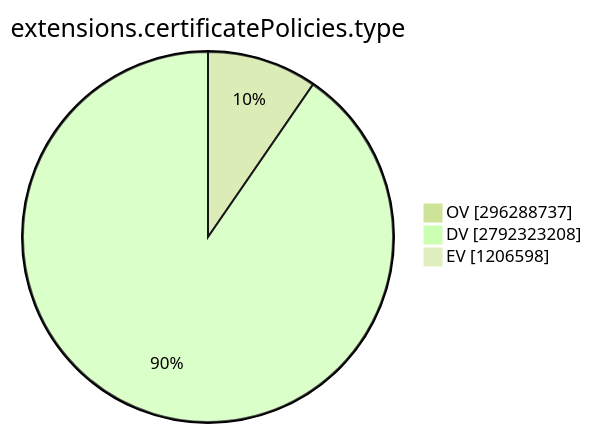
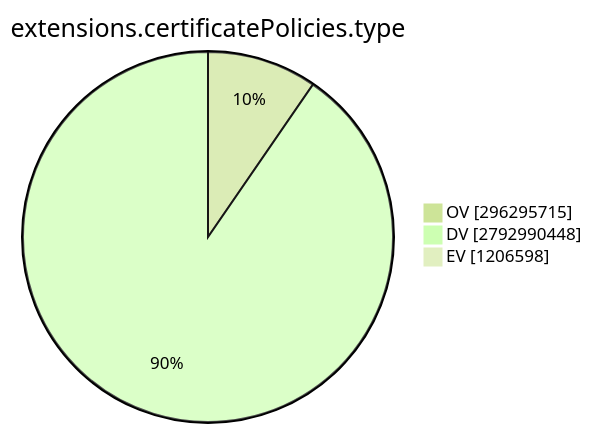
One commit to christiankrug/ctmonitor_visualization changed the ninth of 15 diagrams in TOTAL/README.md. Above: the diagram before and after it, drawn with Mermaid (forest theme). The commit also changed other lines of this file, not shown here.

````diff
--- a/TOTAL/README.md
+++ b/TOTAL/README.md
@@ -3099,7 +3099,7 @@
 ```mermaid
 pie showData
 title extensions.certificatePolicies.type
-"OV" :296288737
-"DV" :2792323208
+"OV" :296295715
+"DV" :2792990448
 "EV" :1206598
 ```
````
